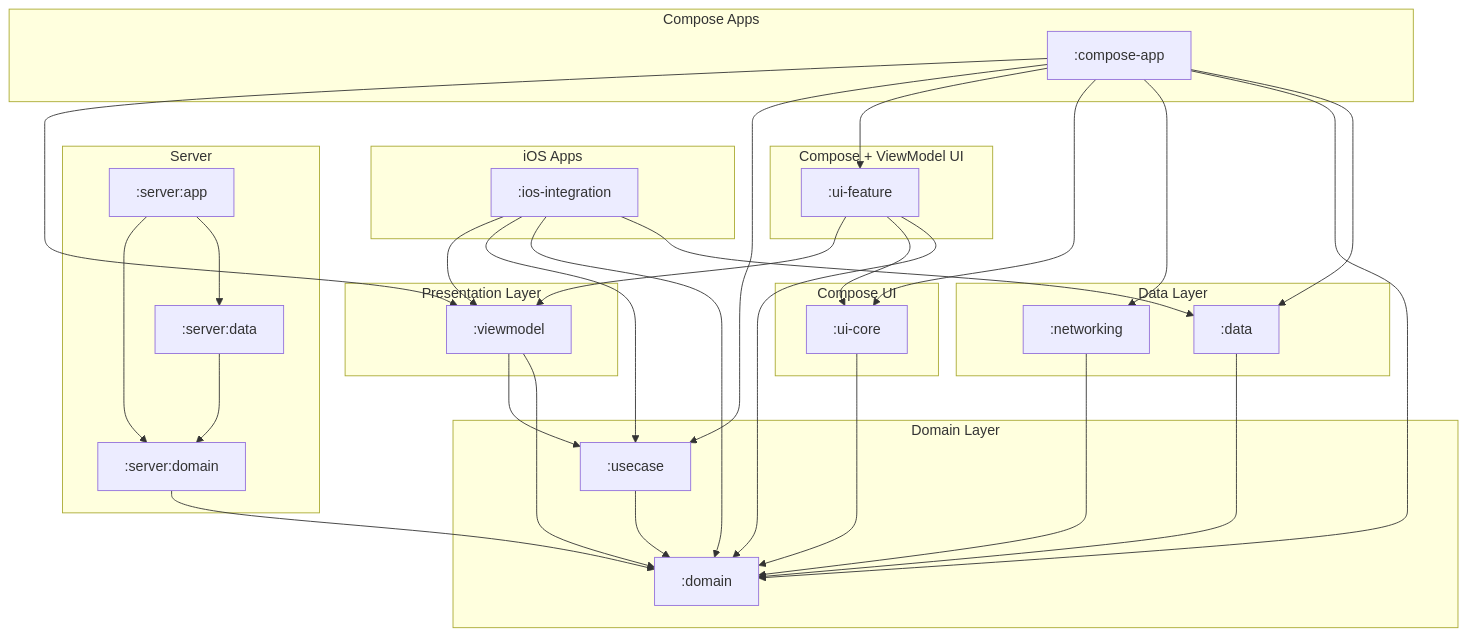
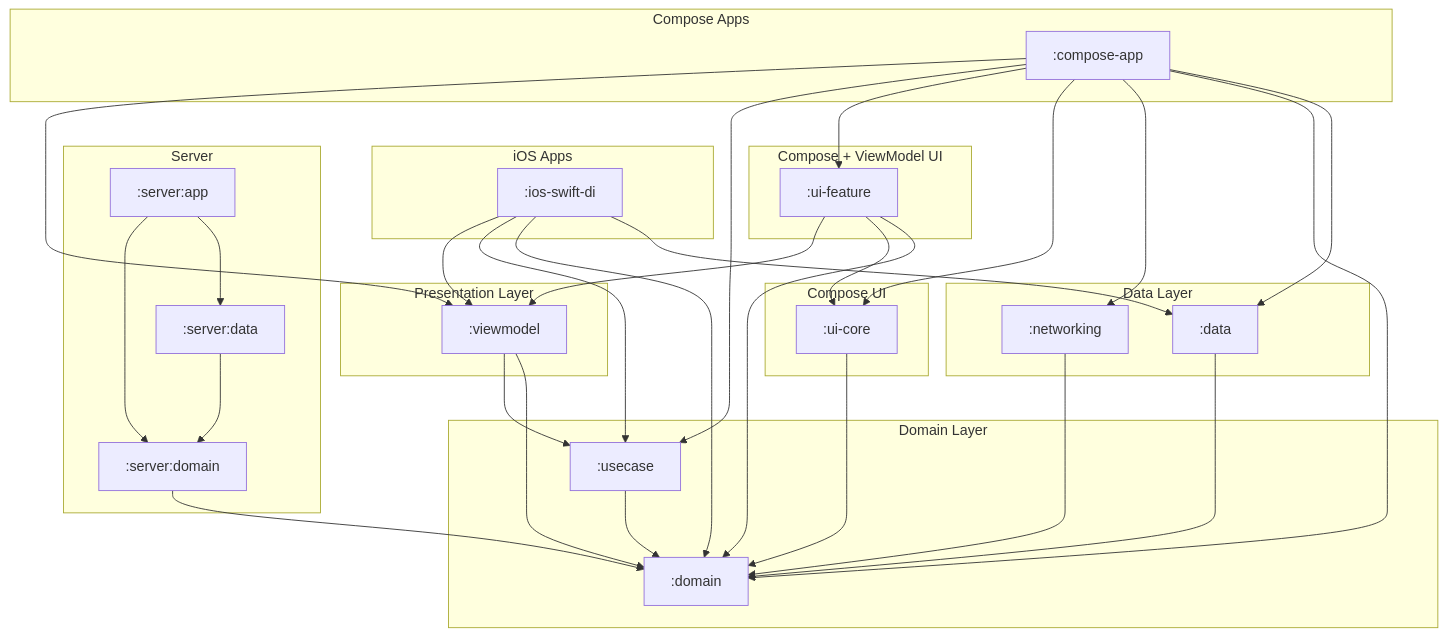
Before and after one commit to cartland/battery-butler: the diagram in docs/diagrams/kotlin_module_structure.mmd, drawn with Mermaid. The commit also changed 9 other files, not shown here.

Commit message:
Refactor: Rename ios-integration to ios-swift-di and update references

```diff
--- a/docs/diagrams/kotlin_module_structure.mmd
+++ b/docs/diagrams/kotlin_module_structure.mmd
@@ -1,72 +1,72 @@
 graph TD
     subgraph "iOS Apps"
-        IosIntegration[":ios-integration"]
+        IosSwiftDi[":ios-swift-di"]
     end
 
     subgraph "Compose Apps"
         ComposeApp[":compose-app"]
     end
 
     subgraph "Server"
         ServerApp[":server:app"]
         ServerData[":server:data"]
         ServerDomain[":server:domain"]
     end
 
     subgraph "Compose UI"
         UICore[":ui-core"]
     end
 
     subgraph "Compose + ViewModel UI"
         UIFeature[":ui-feature"]
     end
 
     subgraph "Presentation Layer"
         ViewModel[":viewmodel"]
     end
 
     subgraph "Domain Layer"
         Domain[":domain"]
         UseCase[":usecase"]
     end
 
     subgraph "Data Layer"
         Data[":data"]
         Networking[":networking"]
     end
 
     %% Dependencies
     ComposeApp --> Data
     ComposeApp --> Domain
     ComposeApp --> Networking
     ComposeApp --> UICore
     ComposeApp --> UIFeature
     ComposeApp --> UseCase
     ComposeApp --> ViewModel
 
     Data --> Domain
 
-    IosIntegration --> Data
-    IosIntegration --> Domain
-    IosIntegration --> UseCase
-    IosIntegration --> ViewModel
+    IosSwiftDi --> Data
+    IosSwiftDi --> Domain
+    IosSwiftDi --> UseCase
+    IosSwiftDi --> ViewModel
 
     Networking --> Domain
 
     ServerApp --> ServerData
     ServerApp --> ServerDomain
 
     ServerData --> ServerDomain
 
     ServerDomain --> Domain
 
     UICore --> Domain
 
     UIFeature --> Domain
     UIFeature --> UICore
     UIFeature --> ViewModel
 
     UseCase --> Domain
 
     ViewModel --> Domain
     ViewModel --> UseCase
```
